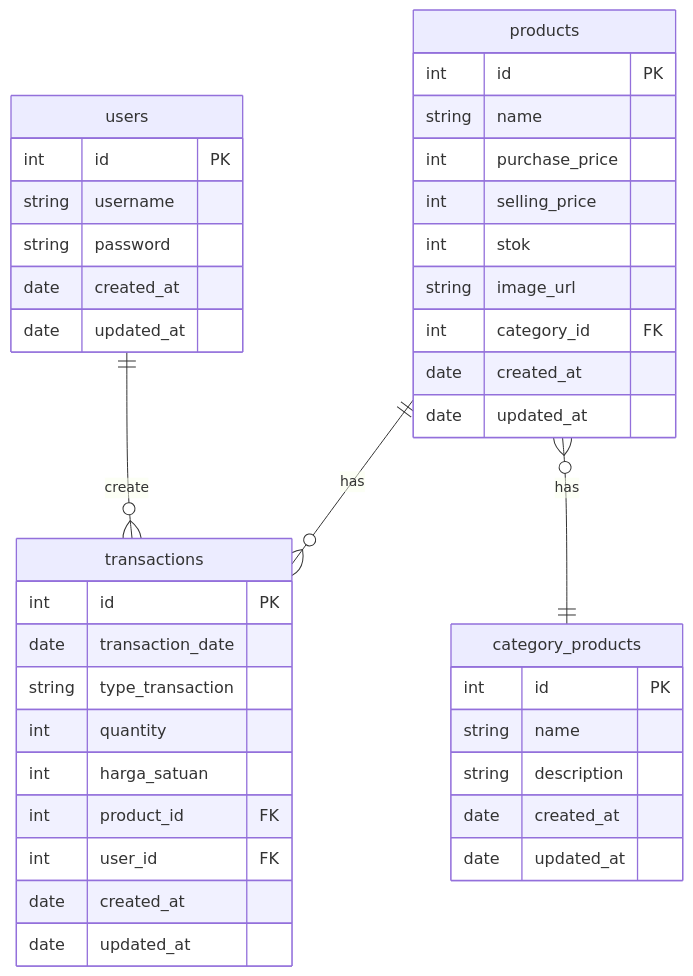
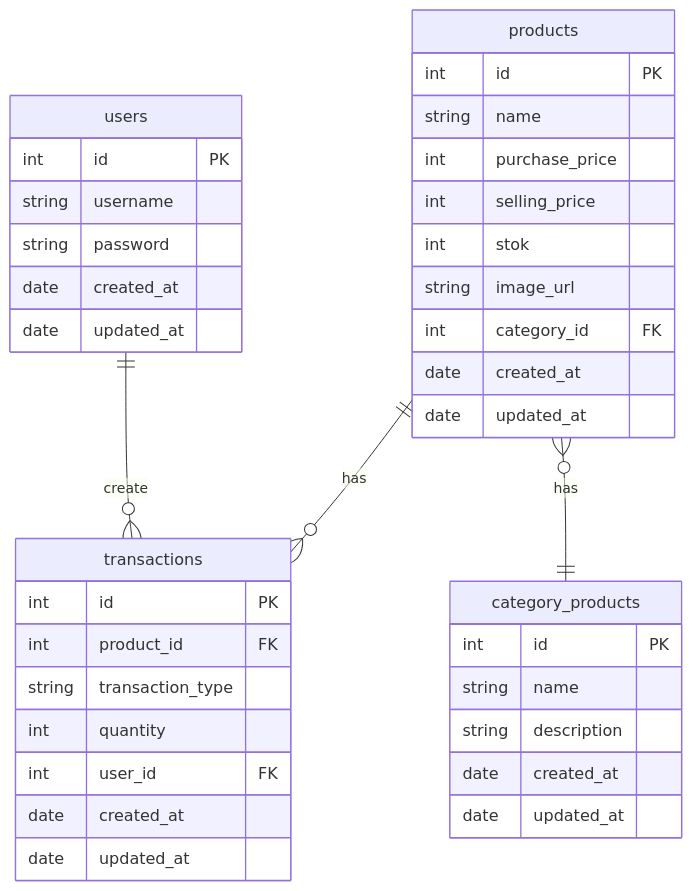
Before and after one commit to yusufbahtiarr/fgo24-phase3: the diagram in erd.md, drawn with Mermaid.

Commit message:
chore : change erd

````diff
--- a/erd.md
+++ b/erd.md
@@ -1,43 +1,41 @@
 ```mermaid
 erDiagram
     users {
         int id PK
         string username
         string password
         date created_at
         date updated_at
     }
     products {
         int id PK
         string name
         int purchase_price
         int selling_price
         int stok
         string image_url
         int category_id FK
         date created_at
         date updated_at
     }
     category_products {
         int id PK
         string name
         string description
         date created_at
         date updated_at
     }
     transactions {
         int id PK
-        date transaction_date
-        string type_transaction
+        int product_id FK
+        string transaction_type
         int quantity
-        int harga_satuan
-        int product_id FK
         int user_id FK
         date created_at
         date updated_at
     }
     users ||--o{ transactions : create
     products ||--o{ transactions : has
     products }o--|| category_products : has
 
 ```
````
